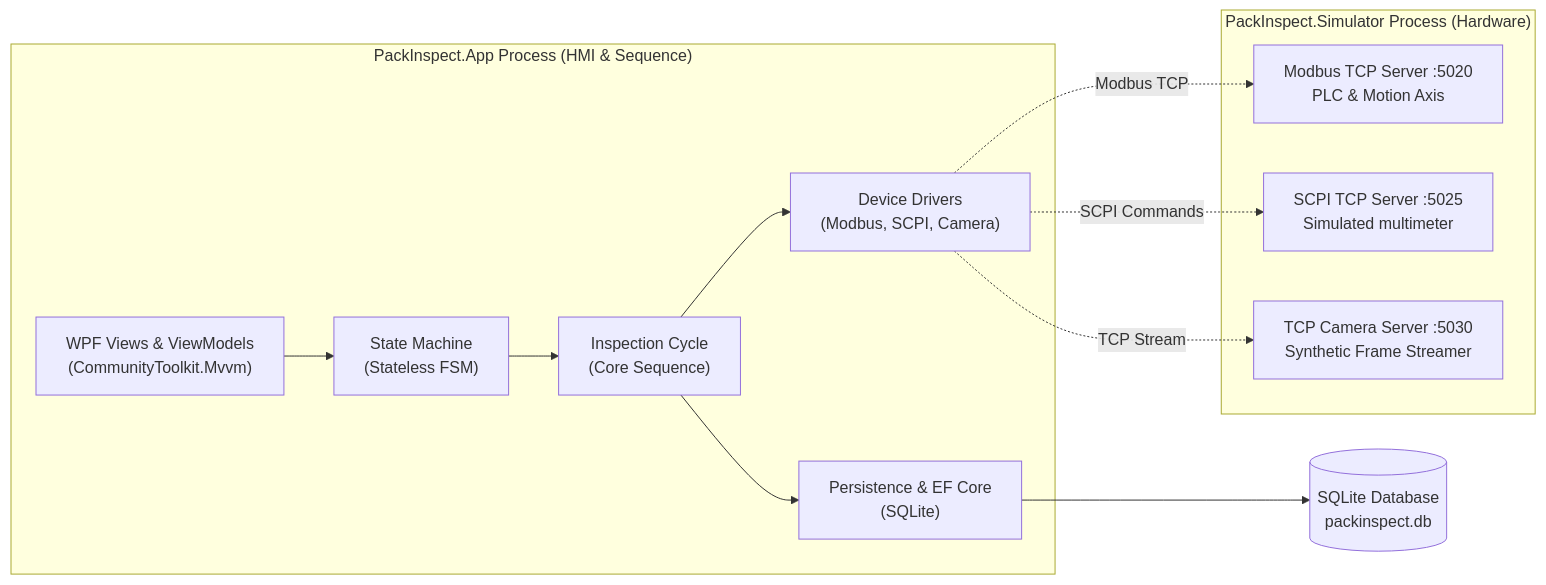
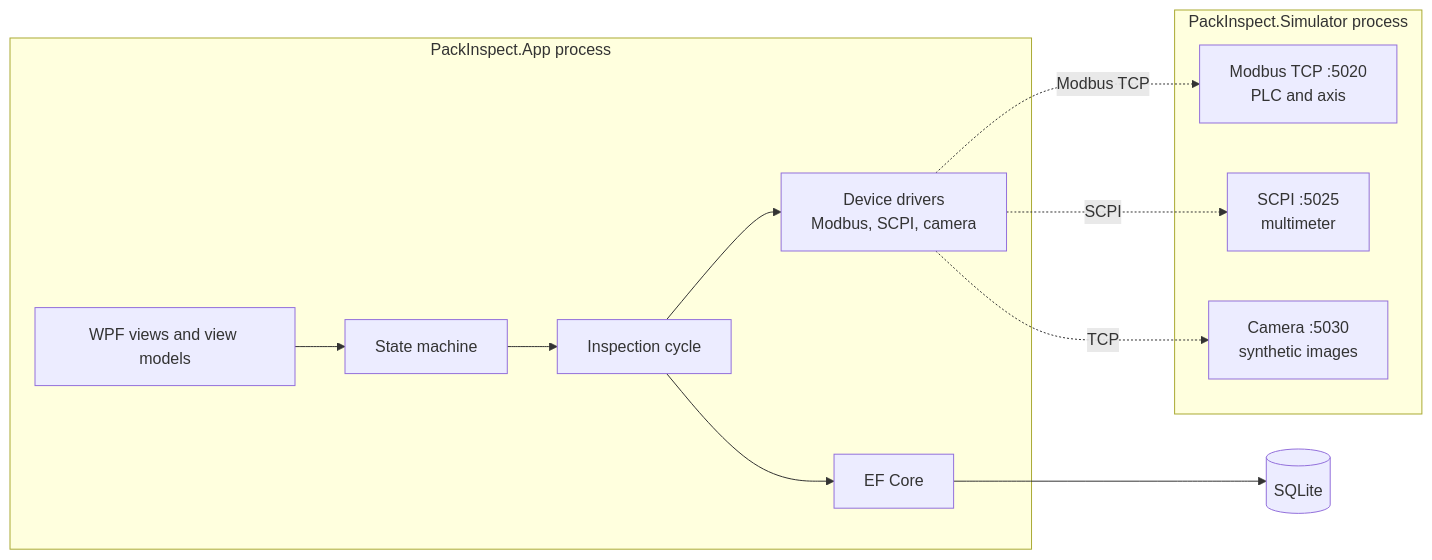
The diagram in README.md (luqshzeeq3601-art/PackInspect), drawn with Mermaid before and after one commit. The commit also changed other lines of this file, not shown here.

````diff
--- a/README.md
+++ b/README.md
@@ -26,25 +47,25 @@
 ```mermaid
 flowchart LR
-    subgraph AppProc["PackInspect.App Process (HMI & Sequence)"]
-        UI["WPF Views & ViewModels<br/>(CommunityToolkit.Mvvm)"]
-        FSM["State Machine<br/>(Stateless FSM)"]
-        Seq["Inspection Cycle<br/>(Core Sequence)"]
-        Dev["Device Drivers<br/>(Modbus, SCPI, Camera)"]
-        Data["Persistence & EF Core<br/>(SQLite)"]
+    subgraph AppProc["PackInspect.App process"]
+        UI["WPF views and view models"]
+        FSM["State machine"]
+        Seq["Inspection cycle"]
+        Dev["Device drivers<br/>Modbus, SCPI, camera"]
+        Data["EF Core"]
     end
 
-    subgraph SimProc["PackInspect.Simulator Process (Hardware)"]
-        SimPlc["Modbus TCP Server :5020<br/>PLC & Motion Axis"]
-        SimDmm["SCPI TCP Server :5025<br/>Simulated multimeter"]
-        SimCam["TCP Camera Server :5030<br/>Synthetic Frame Streamer"]
+    subgraph SimProc["PackInspect.Simulator process"]
+        SimPlc["Modbus TCP :5020<br/>PLC and axis"]
+        SimDmm["SCPI :5025<br/>multimeter"]
+        SimCam["Camera :5030<br/>synthetic images"]
     end
 
     UI --> FSM
     FSM --> Seq
     Seq --> Dev
     Seq --> Data
     Dev -. "Modbus TCP" .-> SimPlc
-    Dev -. "SCPI Commands" .-> SimDmm
-    Dev -. "TCP Stream" .-> SimCam
-    Data --> DB[("SQLite Database<br/>packinspect.db")]
+    Dev -. "SCPI" .-> SimDmm
+    Dev -. "TCP" .-> SimCam
+    Data --> DB[("SQLite")]
 ```
````
